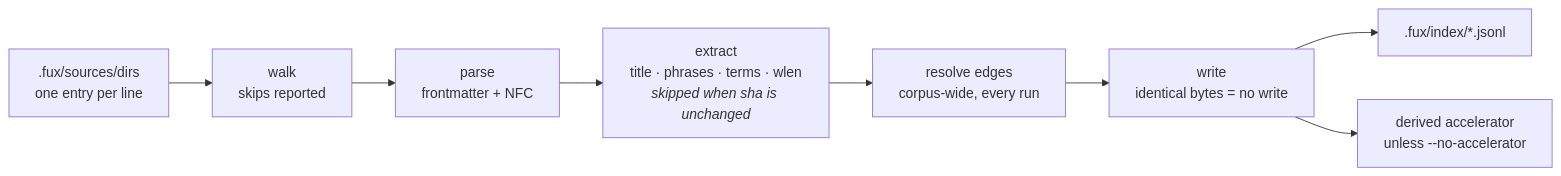
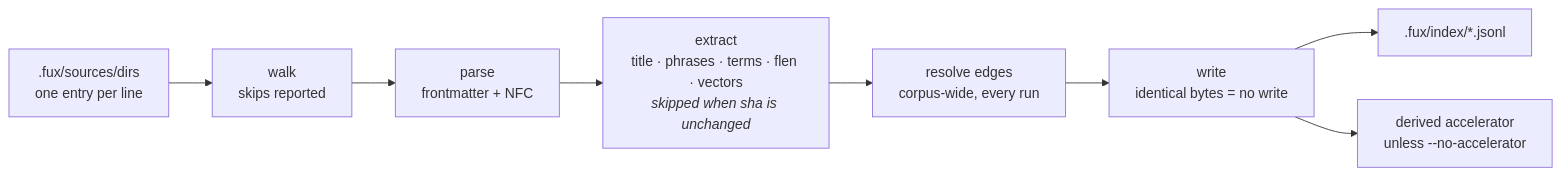
Before and after one commit to arpitarya/fux: the diagram in docs/adr/0007_ingest.md, drawn with Mermaid. The commit also changed other lines of this file and 60 other files, not shown here.

````diff
--- a/docs/adr/0007_ingest.md
+++ b/docs/adr/0007_ingest.md
@@ -56,10 +72,10 @@
 ```mermaid
 flowchart LR
     S[".fux/sources/dirs<br/>one entry per line"] --> W["walk<br/>skips reported"]
     W --> P["parse<br/>frontmatter + NFC"]
-    P --> X["extract<br/>title · phrases · terms · wlen<br/><i>skipped when sha is unchanged</i>"]
+    P --> X["extract<br/>title · phrases · terms · flen · vectors<br/><i>skipped when sha is unchanged</i>"]
     X --> E["resolve edges<br/>corpus-wide, every run"]
     E --> WR["write<br/>identical bytes = no write"]
     WR --> I[".fux/index/*.jsonl"]
     WR --> D["derived accelerator<br/>unless --no-accelerator"]
 ```
````
